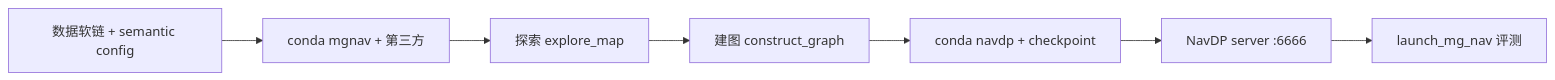
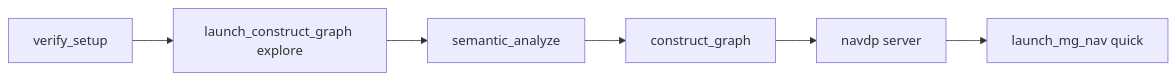
Before and after one commit to BenjaminChen1024/MG-Nav: the diagram in Note/ReplicationNotes.md, drawn with Mermaid. The commit also changed other lines of this file and 18 other files, not shown here.

````diff
--- a/Note/ReplicationNotes.md
+++ b/Note/ReplicationNotes.md
@@ -66,9 +109,8 @@
 ```mermaid
 flowchart LR
-  A[数据软链 + semantic config] --> B[conda mgnav + 第三方]
-  B --> C[探索 explore_map]
-  C --> D[建图 construct_graph]
-  D --> E[conda navdp + checkpoint]
-  E --> F[NavDP server :6666]
-  F --> G[launch_mg_nav 评测]
+  A[verify_setup] --> B[launch_construct_graph explore]
+  B --> C[semantic_analyze]
+  C --> D[construct_graph]
+  D --> E[navdp server]
+  E --> F[launch_mg_nav quick]
 ```
````
